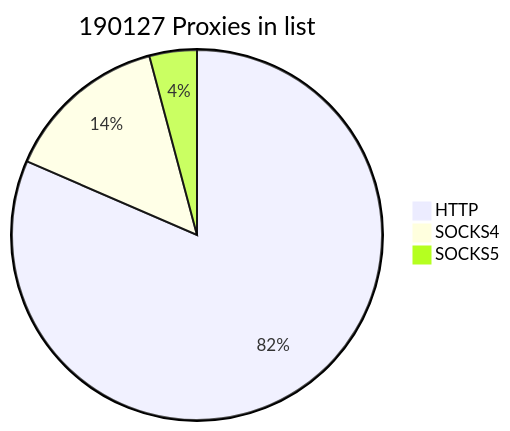
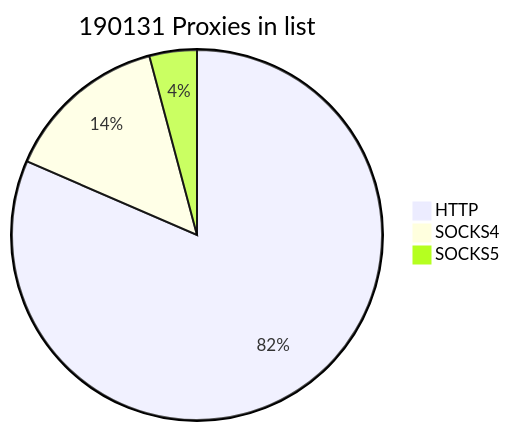
One commit to cutipu/proxylist changed the first of 2 diagrams in README.md. Above: the diagram before and after it, drawn with Mermaid. The commit also changed other lines of this file, not shown here.

````diff
--- a/README.md
+++ b/README.md
@@ -2,7 +2,7 @@
 ```mermaid
-pie title 190127 Proxies in list
-    "HTTP" : 154969
-    "SOCKS4" : 27283
-    "SOCKS5" : 7875
+pie title 190131 Proxies in list
+    "HTTP" : 154973
+    "SOCKS4" : 27284
+    "SOCKS5" : 7874
             
 ```
````
